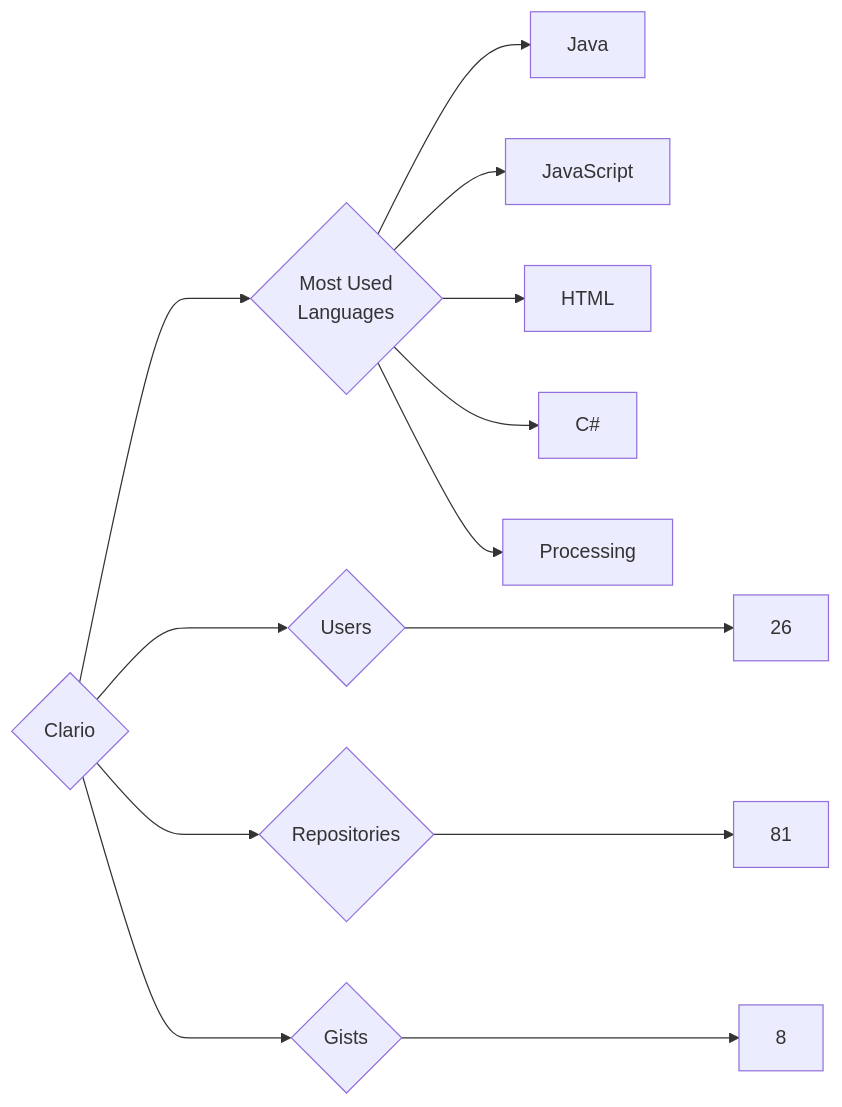
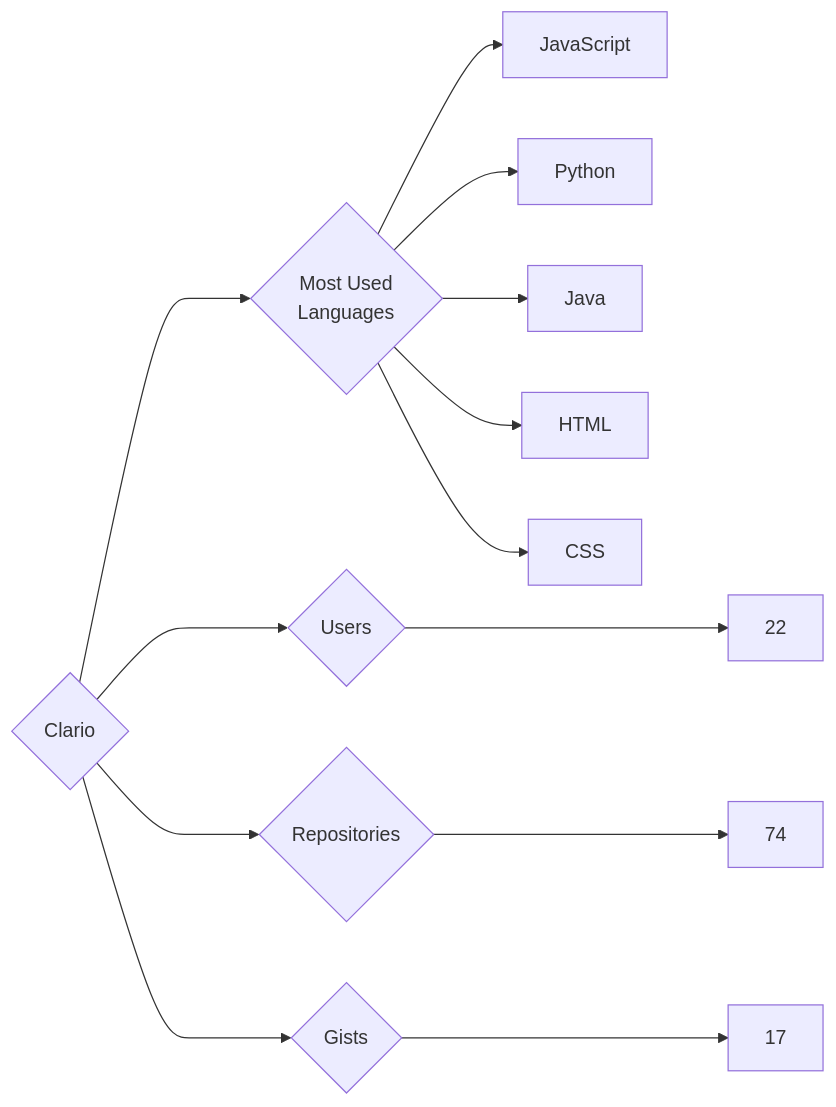
Before and after one commit to trickest/insiders: the diagram in targets/Clario/README.md, drawn with Mermaid. The commit also changed 944 other files, not shown here.

````diff
--- a/targets/Clario/README.md
+++ b/targets/Clario/README.md
@@ -3,13 +3,13 @@
 ```mermaid
 graph LR
 COMPANY_NAME{Clario}
-COMPANY_NAME ---> U{Users} ---> UN[26]
-COMPANY_NAME ---> R{Repositories} ---> RN[81]
-COMPANY_NAME ---> G{Gists} ---> GN[8]
+COMPANY_NAME ---> U{Users} ---> UN[22]
+COMPANY_NAME ---> R{Repositories} ---> RN[74]
+COMPANY_NAME ---> G{Gists} ---> GN[17]
 COMPANY_NAME ---> ML{Most Used<br>Languages}
+ML --> JavaScript[JavaScript]
+ML --> Python[Python]
 ML --> Java[Java]
-ML --> JavaScript[JavaScript]
 ML --> HTML[HTML]
-ML --> C#[C#]
-ML --> Processing[Processing]
+ML --> CSS[CSS]
 ```
````
